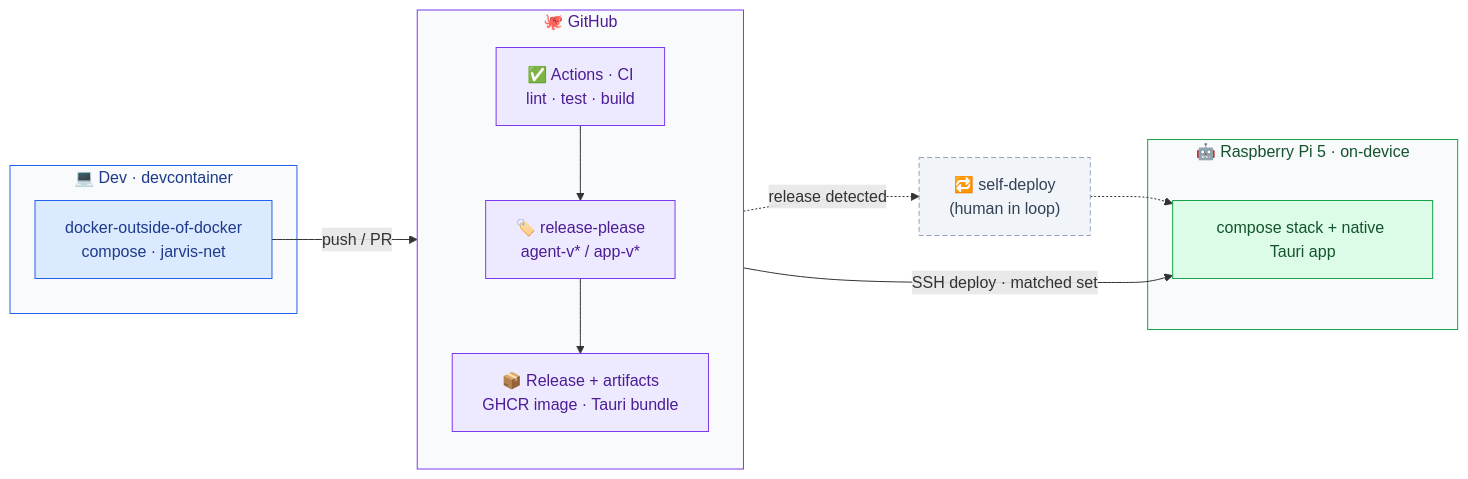
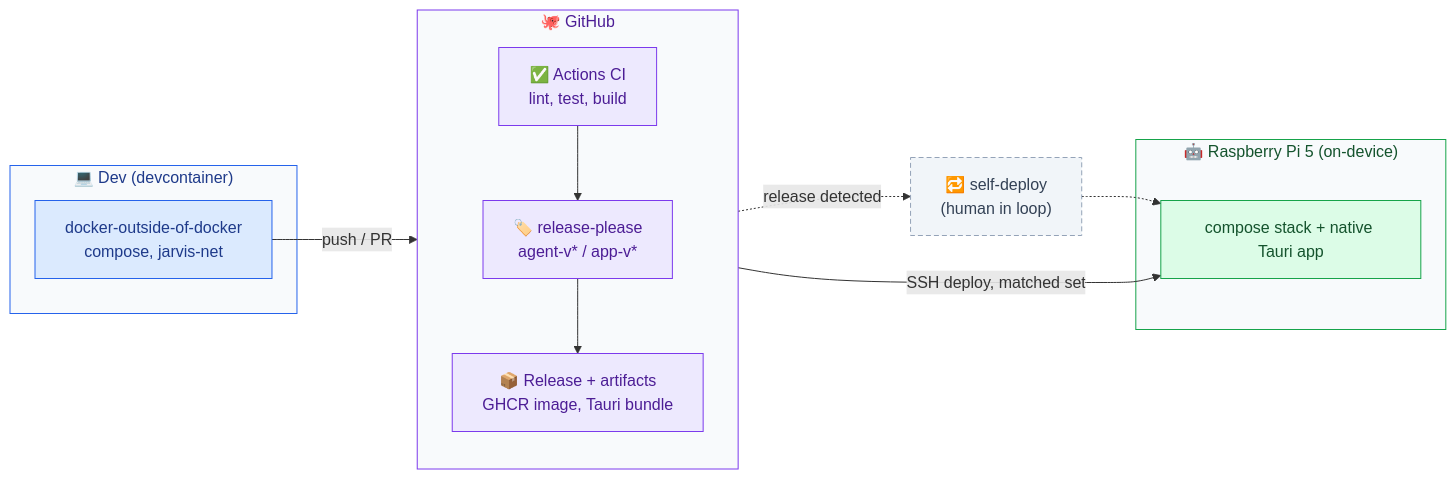
One commit to faering/jarvis changed the diagram in docs/deploy.md. Above: the diagram before and after it, drawn with Mermaid. The commit also changed other lines of this file and 18 other files, not shown here.

````diff
--- a/docs/deploy.md
+++ b/docs/deploy.md
@@ -6,32 +6,32 @@
 ```mermaid
 flowchart LR
-  subgraph DEV["💻 Dev · devcontainer"]
-    DC["docker-outside-of-docker<br/>compose · jarvis-net"]
+  subgraph DEV["💻 Dev (devcontainer)"]
+    DC["docker-outside-of-docker<br/>compose, jarvis-net"]
   end
   subgraph GH["🐙 GitHub"]
     direction TB
-    CI["✅ Actions · CI<br/>lint · test · build"]
+    CI["✅ Actions CI<br/>lint, test, build"]
     RP["🏷️ release-please<br/>agent-v* / app-v*"]
-    REL["📦 Release + artifacts<br/>GHCR image · Tauri bundle"]
+    REL["📦 Release + artifacts<br/>GHCR image, Tauri bundle"]
   end
-  subgraph PI["🤖 Raspberry Pi 5 · on-device"]
+  subgraph PI["🤖 Raspberry Pi 5 (on-device)"]
     STACK["compose stack + native Tauri app"]
   end
 
   DC -->|push / PR| CI
   CI --> RP --> REL
-  REL -->|SSH deploy · matched set| STACK
+  REL -->|SSH deploy, matched set| STACK
   REL -.->|release detected| SELF["🔁 self-deploy<br/>(human in loop)"] -.-> STACK
 
   classDef dev fill:#DBEAFE,stroke:#2563EB,color:#1E3A8A;
   classDef gh fill:#EDE9FE,stroke:#7C3AED,color:#4C1D95;
   classDef pi fill:#DCFCE7,stroke:#16A34A,color:#14532D;
   classDef future fill:#F1F5F9,stroke:#94A3B8,color:#334155,stroke-dasharray:5 3;
   class DC dev
   class CI,RP,REL gh
   class STACK pi
   class SELF future
   style DEV fill:#F8FAFC,stroke:#2563EB,color:#1E3A8A
   style GH fill:#F8FAFC,stroke:#7C3AED,color:#4C1D95
   style PI fill:#F8FAFC,stroke:#16A34A,color:#14532D
 ```
````
